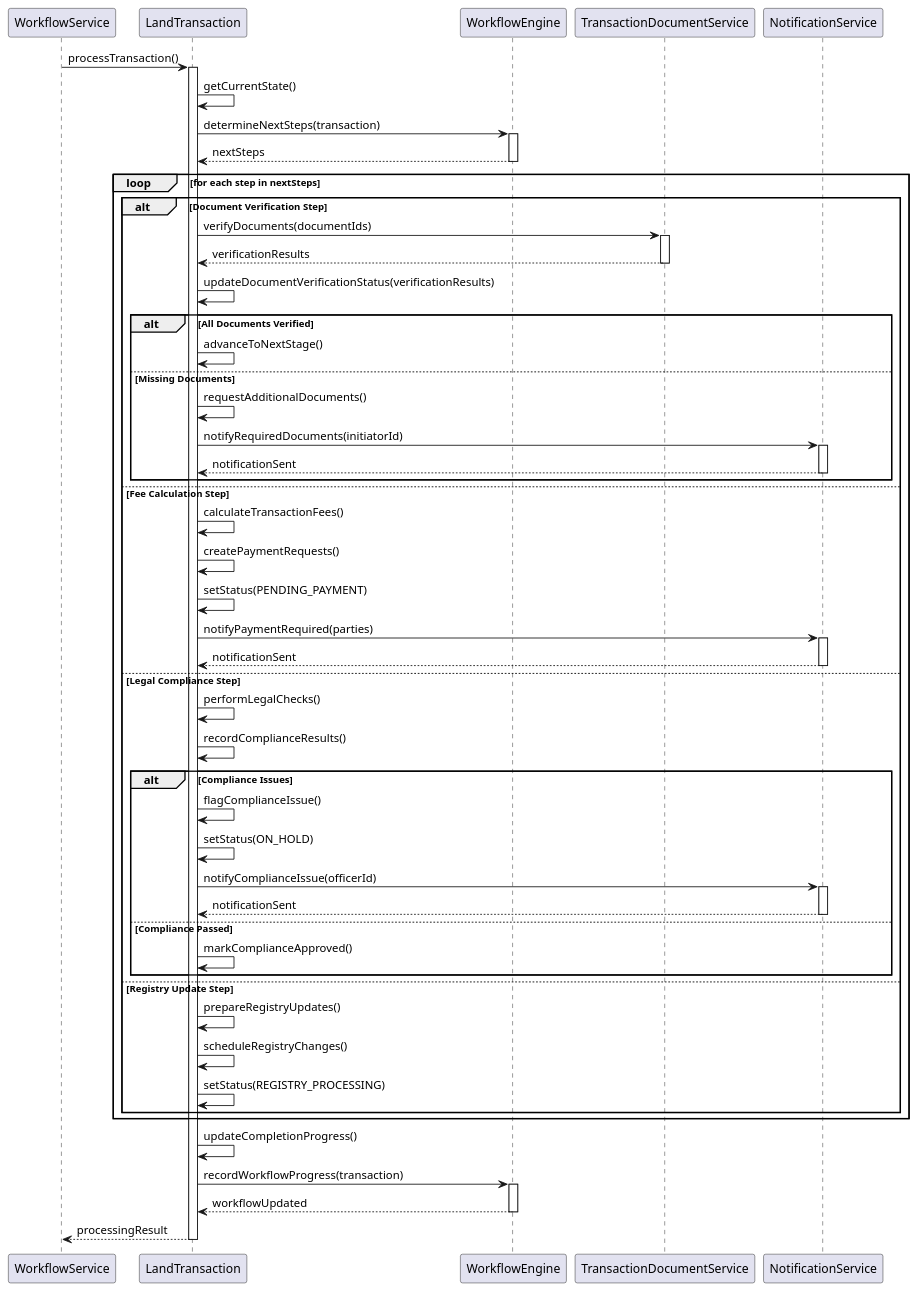
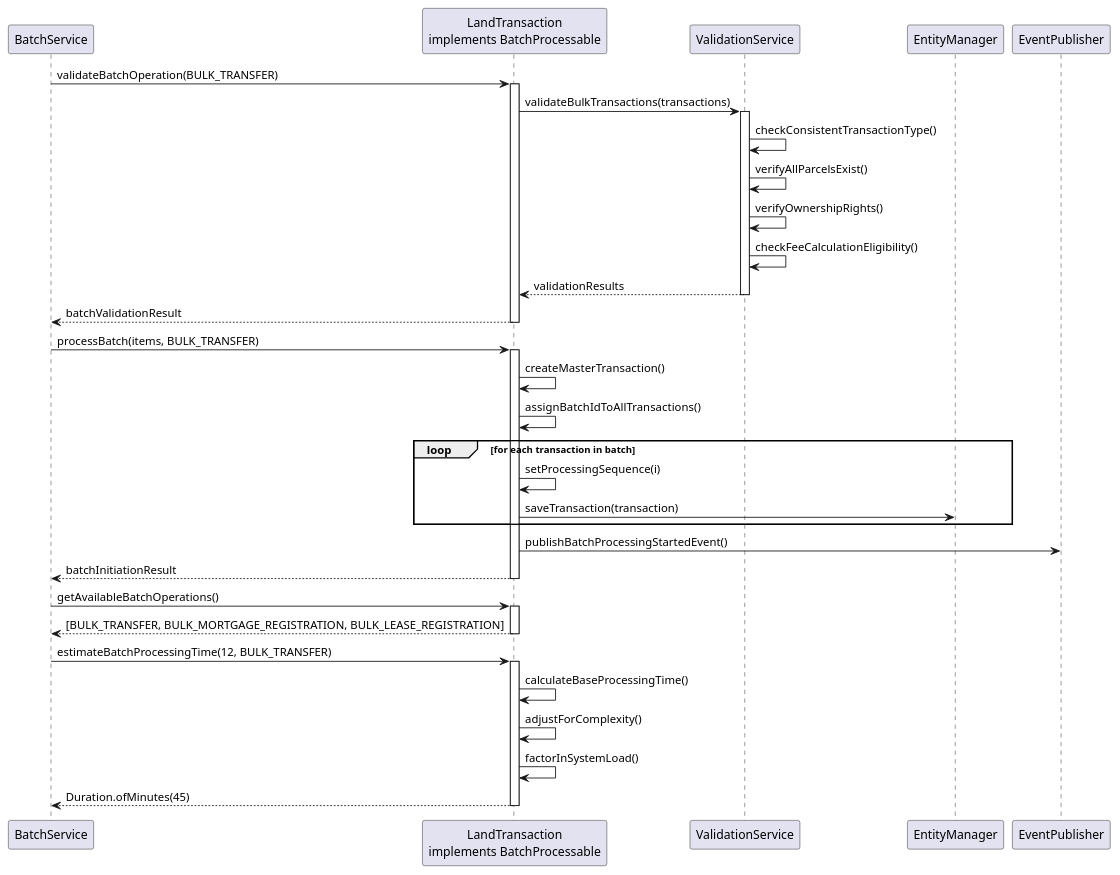
One commit to fernsky/likhupike-backend-dpms changed diagram 13 of 16 in src/docs/asciidoc/design/concrete-data-model/land/land-transaction.adoc. Above: the diagram before and after it, drawn with PlantUML. The commit also changed other lines of this file and 1 other file, not shown here.

Commit message:
feat(docs): enhance LandTransaction model with workflow, batch processing, and validation capabilities

```diff
--- a/src/docs/asciidoc/design/concrete-data-model/land/land-transaction.adoc
+++ b/src/docs/asciidoc/design/concrete-data-model/land/land-transaction.adoc
@@ -436,78 +1138,55 @@
 [plantuml]
 ----
 @startuml
-participant "WorkflowService" as Service
-participant "LandTransaction" as Transaction
-participant "WorkflowEngine" as Workflow
-participant "TransactionDocumentService" as Documents
-participant "NotificationService" as Notifications
+participant "BatchService" as Service
+participant "LandTransaction\nimplements BatchProcessable" as Transaction
+participant "ValidationService" as Validation
+participant "EntityManager" as EM
+participant "EventPublisher" as Events
 
-Service -> Transaction : processTransaction()
+Service -> Transaction : validateBatchOperation(BULK_TRANSFER)
 activate Transaction
 
-Transaction -> Transaction : getCurrentState()
-Transaction -> Workflow : determineNextSteps(transaction)
-activate Workflow
-Transaction <-- Workflow : nextSteps
-deactivate Workflow
+Transaction -> Validation : validateBulkTransactions(transactions)
+activate Validation
+Validation -> Validation : checkConsistentTransactionType()
+Validation -> Validation : verifyAllParcelsExist()
+Validation -> Validation : verifyOwnershipRights()
+Validation -> Validation : checkFeeCalculationEligibility()
+Transaction <-- Validation : validationResults
+deactivate Validation
 
-loop for each step in nextSteps
-  alt Document Verification Step
-    Transaction -> Documents : verifyDocuments(documentIds)
-    activate Documents
-    Transaction <-- Documents : verificationResults
-    deactivate Documents
-    
-    Transaction -> Transaction : updateDocumentVerificationStatus(verificationResults)
-    
-    alt All Documents Verified
-      Transaction -> Transaction : advanceToNextStage()
-    else Missing Documents
-      Transaction -> Transaction : requestAdditionalDocuments()
-      Transaction -> Notifications : notifyRequiredDocuments(initiatorId)
-      activate Notifications
-      Transaction <-- Notifications : notificationSent
-      deactivate Notifications
-    end
-  
-  else Fee Calculation Step
-    Transaction -> Transaction : calculateTransactionFees()
-    Transaction -> Transaction : createPaymentRequests()
-    Transaction -> Transaction : setStatus(PENDING_PAYMENT)
-    Transaction -> Notifications : notifyPaymentRequired(parties)
-    activate Notifications
-    Transaction <-- Notifications : notificationSent
-    deactivate Notifications
-  
-  else Legal Compliance Step
-    Transaction -> Transaction : performLegalChecks()
-    Transaction -> Transaction : recordComplianceResults()
-    
-    alt Compliance Issues
-      Transaction -> Transaction : flagComplianceIssue()
-      Transaction -> Transaction : setStatus(ON_HOLD)
-      Transaction -> Notifications : notifyComplianceIssue(officerId)
-      activate Notifications
-      Transaction <-- Notifications : notificationSent
-      deactivate Notifications
-    else Compliance Passed
-      Transaction -> Transaction : markComplianceApproved()
-    end
-  
-  else Registry Update Step
-    Transaction -> Transaction : prepareRegistryUpdates()
-    Transaction -> Transaction : scheduleRegistryChanges()
-    Transaction -> Transaction : setStatus(REGISTRY_PROCESSING)
-  end
+Service <-- Transaction : batchValidationResult
+deactivate Transaction
+
+Service -> Transaction : processBatch(items, BULK_TRANSFER)
+activate Transaction
+
+Transaction -> Transaction : createMasterTransaction()
+Transaction -> Transaction : assignBatchIdToAllTransactions()
+
+loop for each transaction in batch
+  Transaction -> Transaction : setProcessingSequence(i)
+  Transaction -> EM : saveTransaction(transaction)
 end
 
-Transaction -> Transaction : updateCompletionProgress()
-Transaction -> Workflow : recordWorkflowProgress(transaction)
-activate Workflow
-Transaction <-- Workflow : workflowUpdated
-deactivate Workflow
+Transaction -> Events : publishBatchProcessingStartedEvent()
 
-Service <-- Transaction : processingResult
+Service <-- Transaction : batchInitiationResult
 deactivate Transaction
+
+Service -> Transaction : getAvailableBatchOperations()
+activate Transaction
+Service <-- Transaction : [BULK_TRANSFER, BULK_MORTGAGE_REGISTRATION, BULK_LEASE_REGISTRATION]
+deactivate Transaction
+
+Service -> Transaction : estimateBatchProcessingTime(12, BULK_TRANSFER)
+activate Transaction
+Transaction -> Transaction : calculateBaseProcessingTime()
+Transaction -> Transaction : adjustForComplexity()
+Transaction -> Transaction : factorInSystemLoad()
+Service <-- Transaction : Duration.ofMinutes(45)
+deactivate Transaction
+
 @enduml
 ----
```
